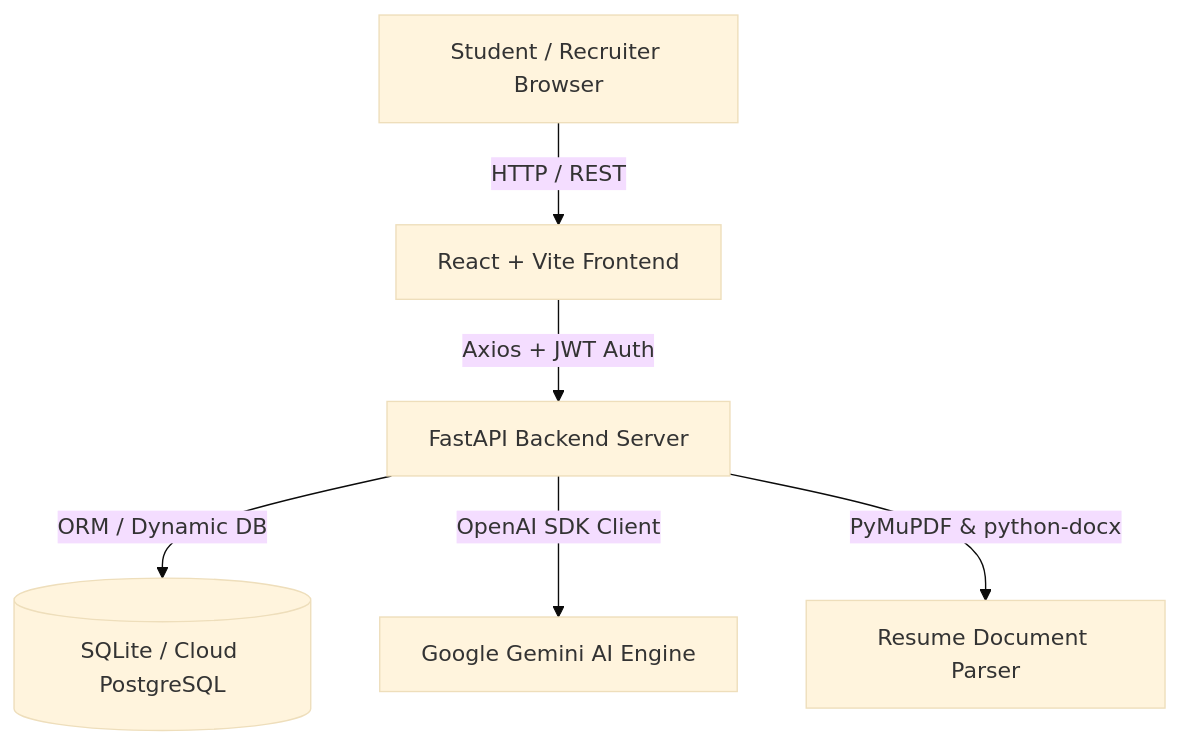
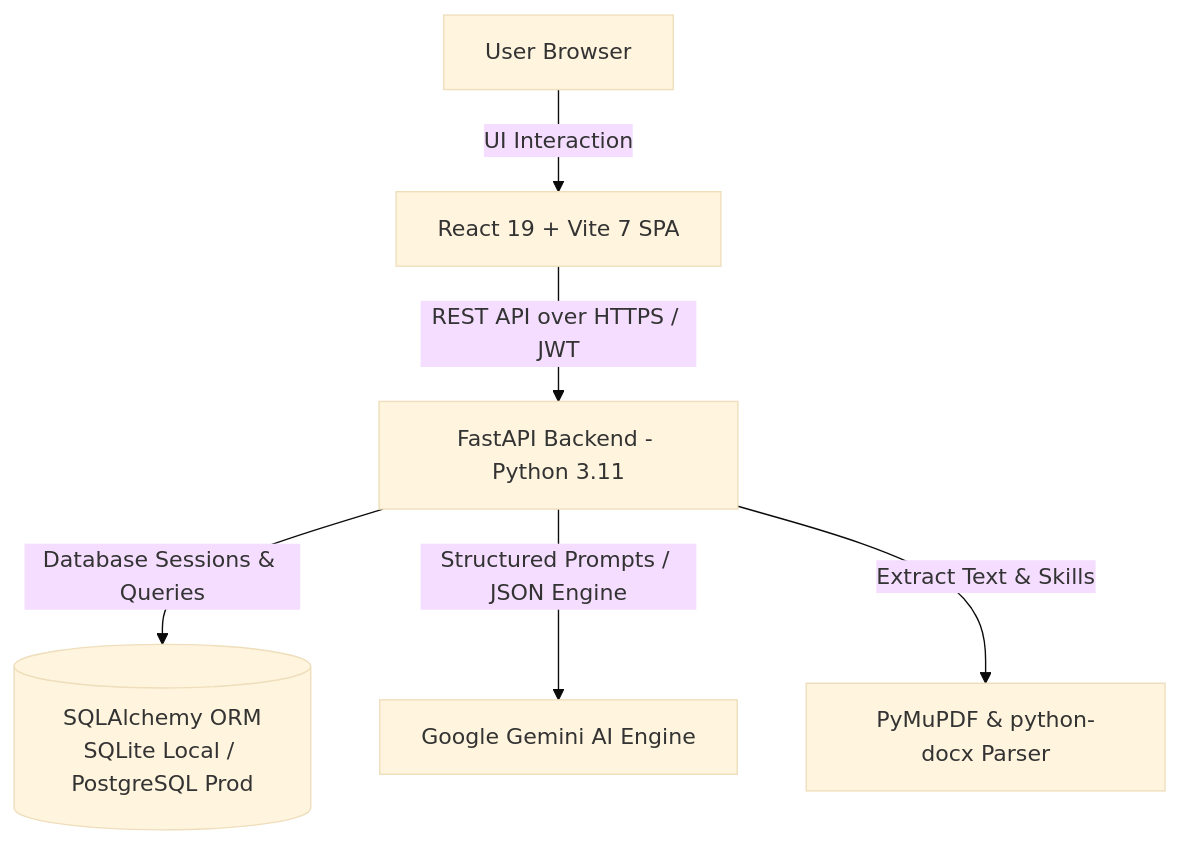
Before and after one commit to anusha-2024-aia/reverse-learning-app: the second of 2 diagrams in README.md, drawn with Mermaid (base theme). The commit also changed other lines of this file and 31 other files, not shown here.

````diff
--- a/README.md
+++ b/README.md
@@ -512,8 +66,15 @@
 ```mermaid
-graph TD
-    A[Student / Recruiter Browser] -->|HTTP / REST| B[React + Vite Frontend]
-    B -->|Axios + JWT Auth| C[FastAPI Backend Server]
-    C -->|ORM / Dynamic DB| D[(SQLite / Cloud PostgreSQL)]
-    C -->|OpenAI SDK Client| E[Google Gemini AI Engine]
-    C -->|PyMuPDF & python-docx| F[Resume Document Parser]
+flowchart TD
+    U[User Browser]
+    F[React 19 + Vite 7 SPA]
+    B[FastAPI Backend - Python 3.11]
+    DB[(SQLAlchemy ORM<br/>SQLite Local / PostgreSQL Prod)]
+    AI[Google Gemini AI Engine]
+    DP[PyMuPDF & python-docx Parser]
+
+    U -->|UI Interaction| F
+    F -->|REST API over HTTPS / JWT| B
+    B -->|Database Sessions & Queries| DB
+    B -->|Structured Prompts / JSON Engine| AI
+    B -->|Extract Text & Skills| DP
 ```
````
